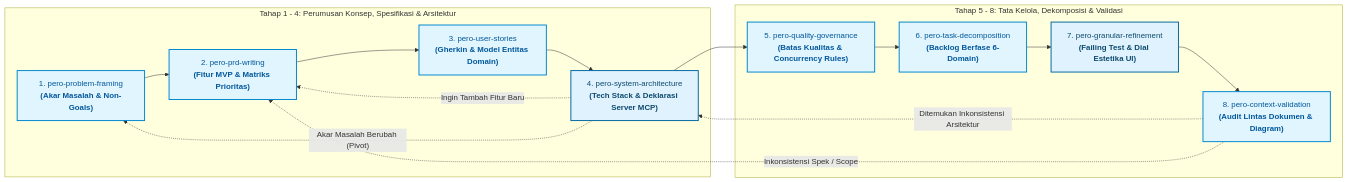
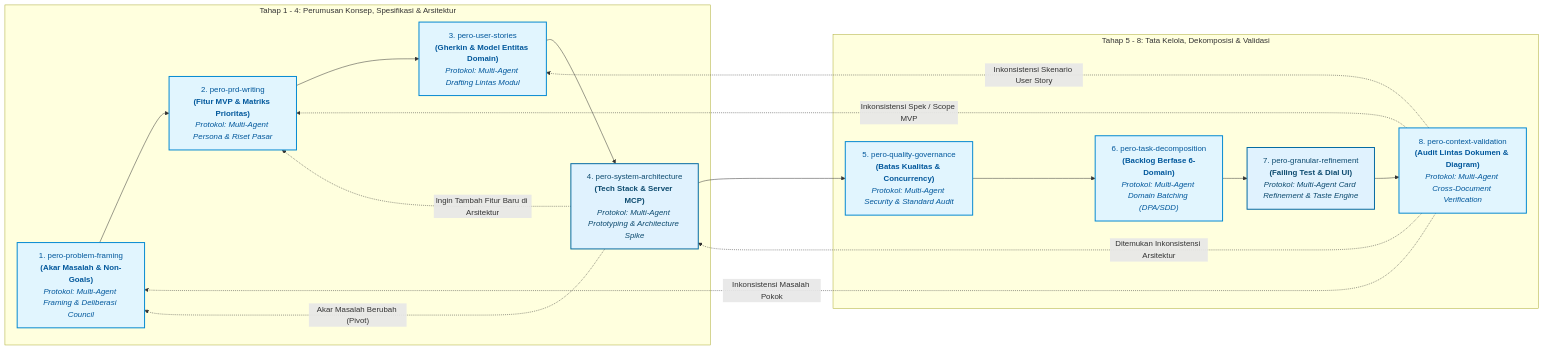
One commit to okyFaishal/pero-agent-skills changed the third of 4 diagrams in README.md. Above: the diagram before and after it, drawn with Mermaid. The commit also changed other lines of this file, not shown here.

Commit message:
docs(readme): update all 4 Mermaid diagrams with multi-agent orchestration and rigorous research links

````diff
--- a/README.md
+++ b/README.md
@@ -251,37 +278,39 @@
 ```mermaid
 flowchart LR
     %% STYLING
     classDef stage fill:#e1f5fe,stroke:#0288d1,stroke-width:2px,color:#01579b;
     classDef highlight fill:#e0f2fe,stroke:#0369a1,stroke-width:2px,color:#0c4a6e;
 
     subgraph PHASE1 ["Tahap 1 - 4: Perumusan Konsep, Spesifikasi & Arsitektur"]
-        P1["1. pero-problem-framing<br/><b>(Akar Masalah & Non-Goals)</b>"]:::stage
-        P2["2. pero-prd-writing<br/><b>(Fitur MVP & Matriks Prioritas)</b>"]:::stage
-        P3["3. pero-user-stories<br/><b>(Gherkin & Model Entitas Domain)</b>"]:::stage
-        P4["4. pero-system-architecture<br/><b>(Tech Stack & Deklarasi Server MCP)</b>"]:::highlight
-        
+        P1["1. pero-problem-framing<br/><b>(Akar Masalah & Non-Goals)</b><br/><i>Protokol: Multi-Agent Framing & Deliberasi Council</i>"]:::stage
+        P2["2. pero-prd-writing<br/><b>(Fitur MVP & Matriks Prioritas)</b><br/><i>Protokol: Multi-Agent Persona & Riset Pasar</i>"]:::stage
+        P3["3. pero-user-stories<br/><b>(Gherkin & Model Entitas Domain)</b><br/><i>Protokol: Multi-Agent Drafting Lintas Modul</i>"]:::stage
+        P4["4. pero-system-architecture<br/><b>(Tech Stack & Server MCP)</b><br/><i>Protokol: Multi-Agent Prototyping & Architecture Spike</i>"]:::highlight
+
         P1 --> P2
         P2 --> P3
         P3 --> P4
     end
 
     subgraph PHASE2 ["Tahap 5 - 8: Tata Kelola, Dekomposisi & Validasi"]
-        P5["5. pero-quality-governance<br/><b>(Batas Kualitas & Concurrency Rules)</b>"]:::stage
-        P6["6. pero-task-decomposition<br/><b>(Backlog Berfase 6-Domain)</b>"]:::stage
-        P7["7. pero-granular-refinement<br/><b>(Failing Test & Dial Estetika UI)</b>"]:::highlight
-        P8["8. pero-context-validation<br/><b>(Audit Lintas Dokumen & Diagram)</b>"]:::stage
+        P5["5. pero-quality-governance<br/><b>(Batas Kualitas & Concurrency)</b><br/><i>Protokol: Multi-Agent Security & Standard Audit</i>"]:::stage
+        P6["6. pero-task-decomposition<br/><b>(Backlog Berfase 6-Domain)</b><br/><i>Protokol: Multi-Agent Domain Batching (DPA/SDD)</i>"]:::stage
+        P7["7. pero-granular-refinement<br/><b>(Failing Test & Dial UI)</b><br/><i>Protokol: Multi-Agent Card Refinement & Taste Engine</i>"]:::highlight
+        P8["8. pero-context-validation<br/><b>(Audit Lintas Dokumen & Diagram)</b><br/><i>Protokol: Multi-Agent Cross-Document Verification</i>"]:::stage
 
         P5 --> P6
         P6 --> P7
         P7 --> P8
     end
 
     %% Pipeline Inter-Phase Connection
     P4 --> P5
 
     %% Feedback loops
-    P4 -.->|"Ingin Tambah Fitur Baru"| P2
+    P4 -.->|"Ingin Tambah Fitur Baru di Arsitektur"| P2
     P4 -.->|"Akar Masalah Berubah (Pivot)"| P1
     P8 -.->|"Ditemukan Inkonsistensi Arsitektur"| P4
-    P8 -.->|"Inkonsistensi Spek / Scope"| P2
+    P8 -.->|"Inkonsistensi Spek / Scope MVP"| P2
+    P8 -.->|"Inkonsistensi Masalah Pokok"| P1
+    P8 -.->|"Inkonsistensi Skenario User Story"| P3
 ```
````
